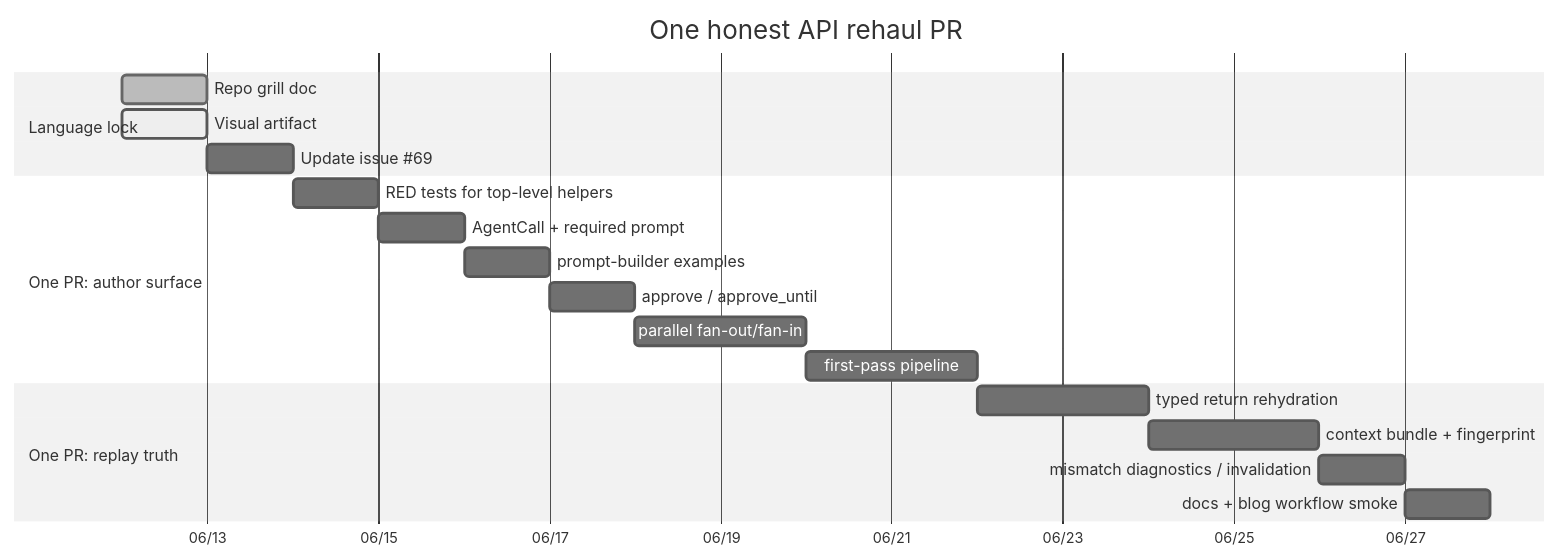
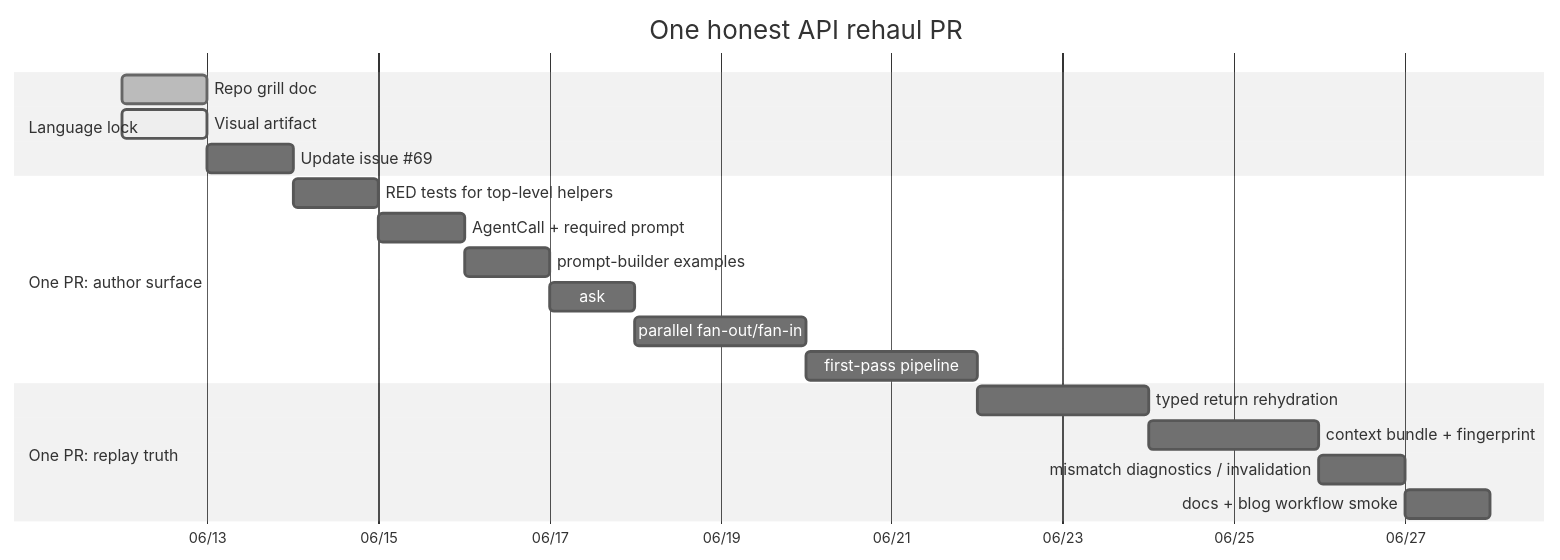
The ninth of 13 diagrams in docs/plans/2026-06-12-agent-parallel-pipeline-api-visual-plan.md (skylarbpayne/hermes-workflows), drawn with Mermaid (neutral theme) before and after one commit. The commit also changed other lines of this file and 5 other files, not shown here.

First line of the commit message:
Remove approve_until authoring surface

````diff
--- a/docs/plans/2026-06-12-agent-parallel-pipeline-api-visual-plan.md
+++ b/docs/plans/2026-06-12-agent-parallel-pipeline-api-visual-plan.md
@@ -352,25 +352,25 @@
 ```mermaid
 gantt
     title One honest API rehaul PR
     dateFormat  YYYY-MM-DD
     axisFormat  %m/%d
 
     section Language lock
     Repo grill doc                         :done, a1, 2026-06-12, 1d
     Visual artifact                        :active, a2, 2026-06-12, 1d
     Update issue #69                       :a3, after a2, 1d
 
     section One PR: author surface
     RED tests for top-level helpers         :b1, after a3, 1d
     AgentCall + required prompt             :b2, after b1, 1d
     prompt-builder examples                 :b3, after b2, 1d
-    approve / approve_until                 :b4, after b3, 1d
+    ask                 :b4, after b3, 1d
     parallel fan-out/fan-in                 :b5, after b4, 2d
     first-pass pipeline                     :b6, after b5, 2d
 
     section One PR: replay truth
     typed return rehydration                :c1, after b6, 2d
     context bundle + fingerprint            :c2, after c1, 2d
     mismatch diagnostics / invalidation     :c3, after c2, 1d
     docs + blog workflow smoke              :c4, after c3, 1d
 ```
````
